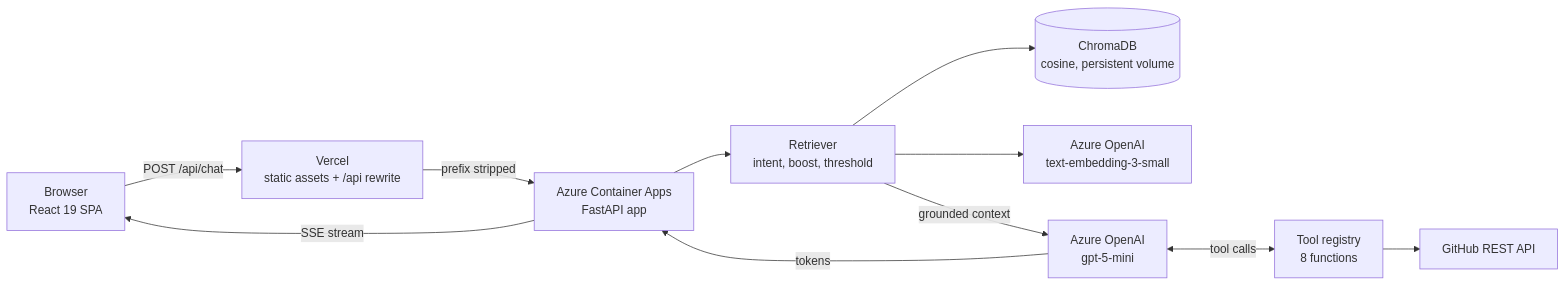
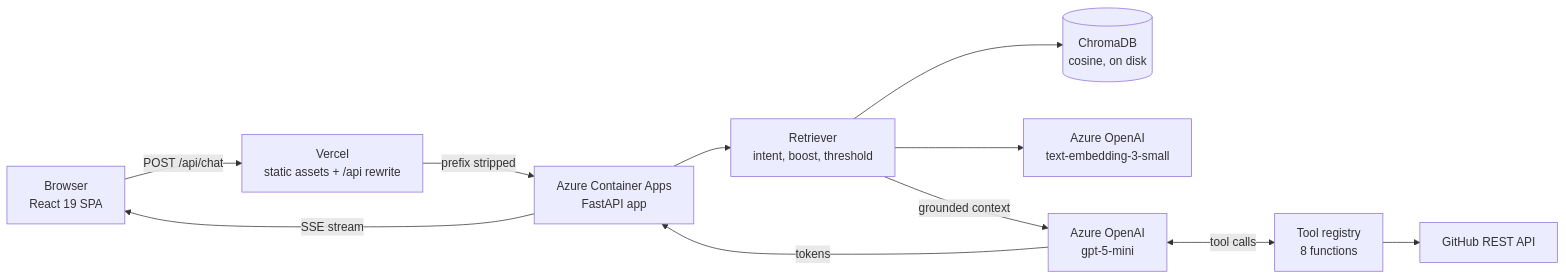
Before and after one commit to DataScienceVishal/ai-professional-twin: the first of 2 diagrams in README.md, drawn with Mermaid. The commit also changed other lines of this file and 3 other files, not shown here.

````diff
--- a/README.md
+++ b/README.md
@@ -54,23 +55,23 @@
 ```mermaid
 flowchart LR
     B["Browser<br/>React 19 SPA"]
     V["Vercel<br/>static assets + /api rewrite"]
     F["Azure Container Apps<br/>FastAPI app"]
     R["Retriever<br/>intent, boost, threshold"]
-    C[("ChromaDB<br/>cosine, persistent volume")]
+    C[("ChromaDB<br/>cosine, on disk")]
     E["Azure OpenAI<br/>text-embedding-3-small"]
     L["Azure OpenAI<br/>gpt-5-mini"]
     T["Tool registry<br/>8 functions"]
     G["GitHub REST API"]
 
     B -->|"POST /api/chat"| V
     V -->|"prefix stripped"| F
     F --> R
     R --> E
     R --> C
     R -->|"grounded context"| L
     L <-->|"tool calls"| T
     T --> G
     L -->|"tokens"| F
     F -->|"SSE stream"| B
 ```
````
